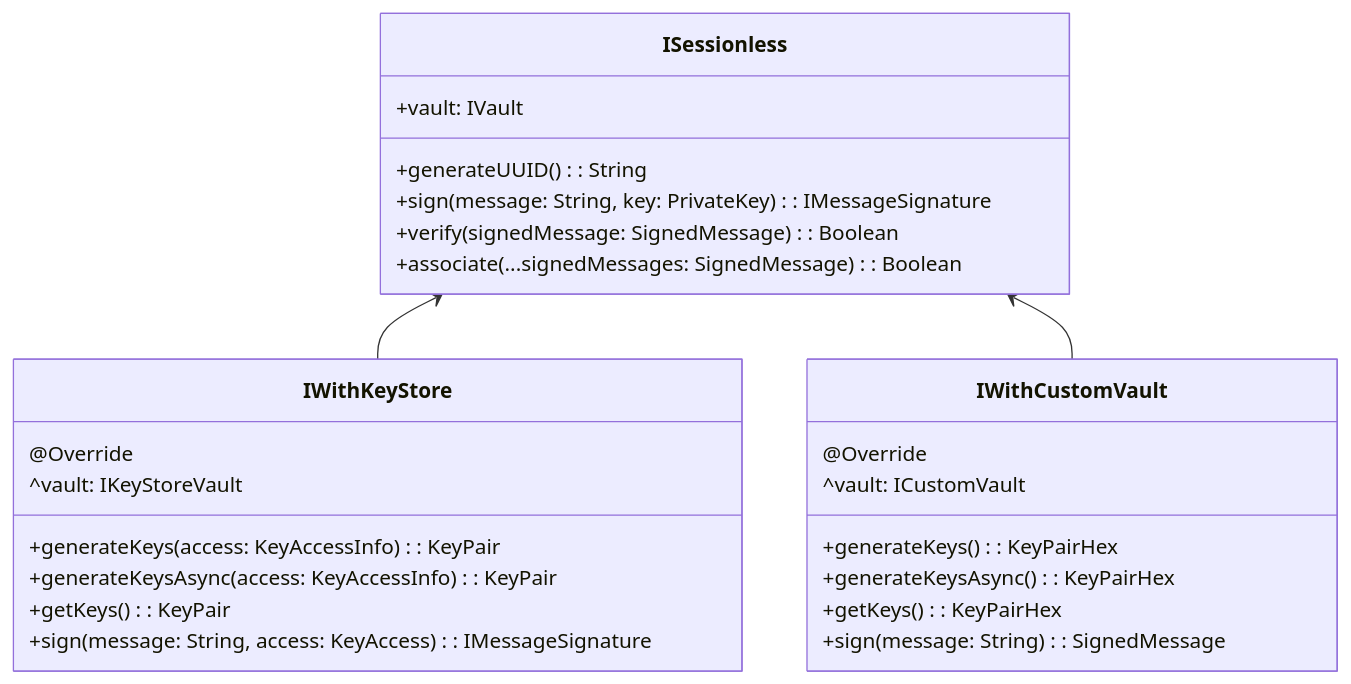
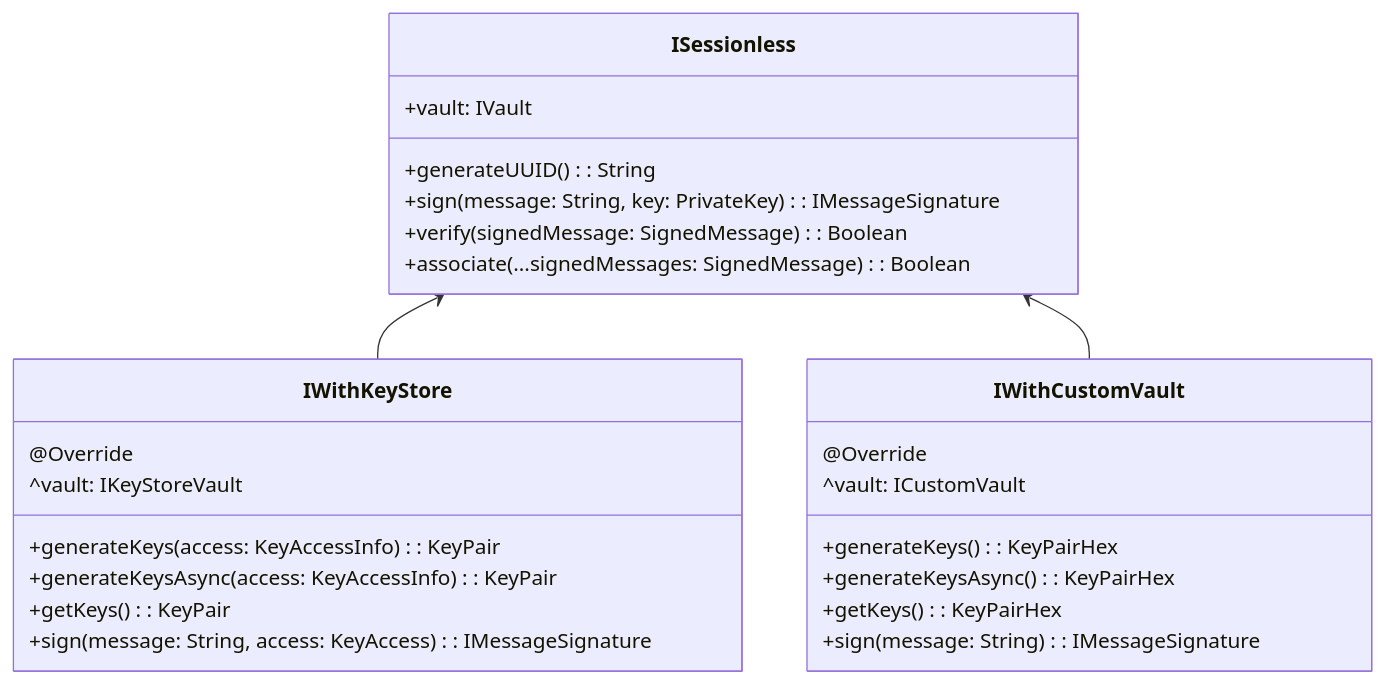
The first of 4 diagrams in src/kotlin/README.md (planet-nine-app/sessionless), drawn with Mermaid before and after one commit.

````diff
--- a/src/kotlin/README.md
+++ b/src/kotlin/README.md
@@ -3,34 +3,34 @@
 ```mermaid
 classDiagram
   class ISessionless {
     +vault: IVault
 
     +generateUUID(): String
     +sign(message: String, key: PrivateKey): IMessageSignature
     +verify(signedMessage: SignedMessage): Boolean
     +associate(...signedMessages: SignedMessage): Boolean
   }
 
   class IWithKeyStore {
     @Override
     ^vault: IKeyStoreVault
 
     +generateKeys(access: KeyAccessInfo): KeyPair
     +generateKeysAsync(access: KeyAccessInfo): KeyPair
     +getKeys(): KeyPair
     +sign(message: String, access: KeyAccess): IMessageSignature
   }
 
   class IWithCustomVault {
     @Override
     ^vault: ICustomVault
 
     +generateKeys(): KeyPairHex
     +generateKeysAsync(): KeyPairHex
     +getKeys(): KeyPairHex
-    +sign(message: String): SignedMessage
+    +sign(message: String): IMessageSignature
   }
 
   ISessionless <-- IWithKeyStore
   ISessionless <-- IWithCustomVault
 ```
````
